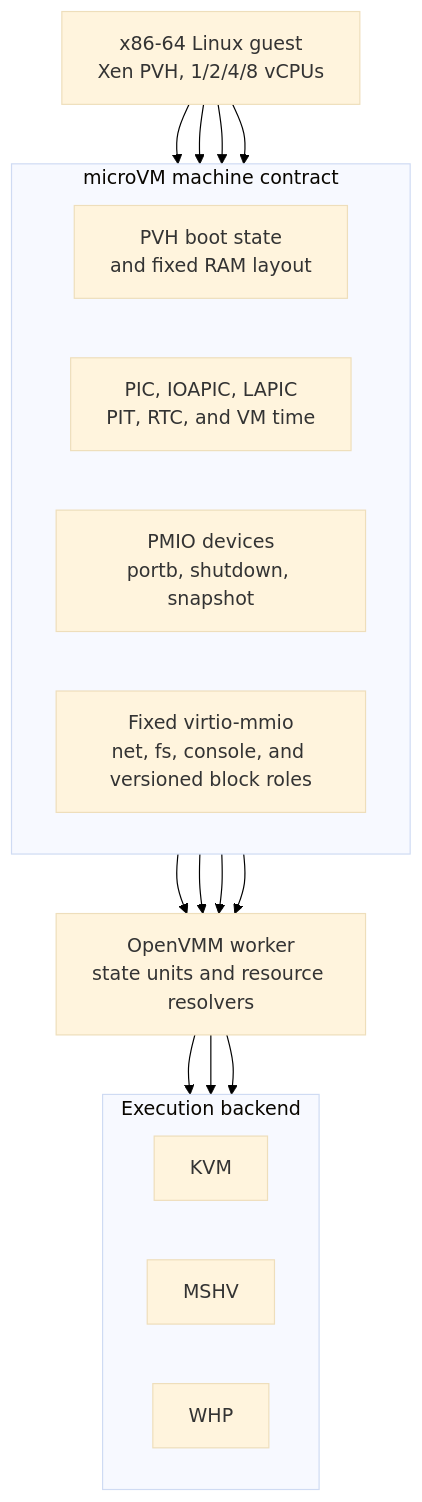
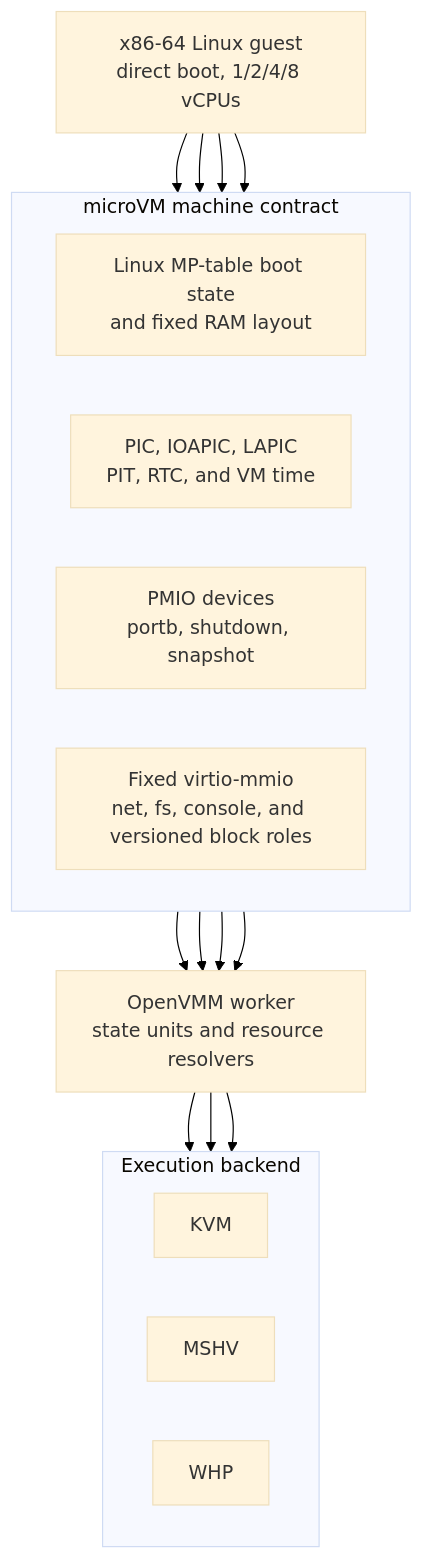
One commit to microsoft/nvx changed the diagram in doc/design/machine-and-device-abi.md. Above: the diagram before and after it, drawn with Mermaid. The commit also changed 26 other files, not shown here.

First line of the commit message:
microvm: integrate MP-table boot and restore

````diff
--- a/doc/design/machine-and-device-abi.md
+++ b/doc/design/machine-and-device-abi.md
@@ -25,34 +25,34 @@
 ```mermaid
 %%{init: {"theme": "base", "themeVariables": {"background": "#ffffff"}}}%%
 flowchart TB
-   Guest["x86-64 Linux guest<br/>Xen PVH, 1/2/4/8 vCPUs"]
+   Guest["x86-64 Linux guest<br/>direct boot, 1/2/4/8 vCPUs"]
 
    subgraph Abi["microVM machine contract"]
       direction LR
-      Boot["PVH boot state<br/>and fixed RAM layout"]
+      Boot["Linux MP-table boot state<br/>and fixed RAM layout"]
       Interrupts["PIC, IOAPIC, LAPIC<br/>PIT, RTC, and VM time"]
       Pmio["PMIO devices<br/>portb, shutdown, snapshot"]
       Virtio["Fixed virtio-mmio<br/>net, fs, console, and versioned block roles"]
    end
 
    Common["OpenVMM worker<br/>state units and resource resolvers"]
 
    subgraph Backends["Execution backend"]
       direction LR
       KvmBackend["KVM"]
       MshvBackend["MSHV"]
       WhpBackend["WHP"]
    end
 
    Guest --> Boot
    Guest --> Interrupts
    Guest --> Pmio
    Guest --> Virtio
    Boot --> Common
    Interrupts --> Common
    Pmio --> Common
    Virtio --> Common
    Common --> KvmBackend
    Common --> MshvBackend
    Common --> WhpBackend
 ```
````
